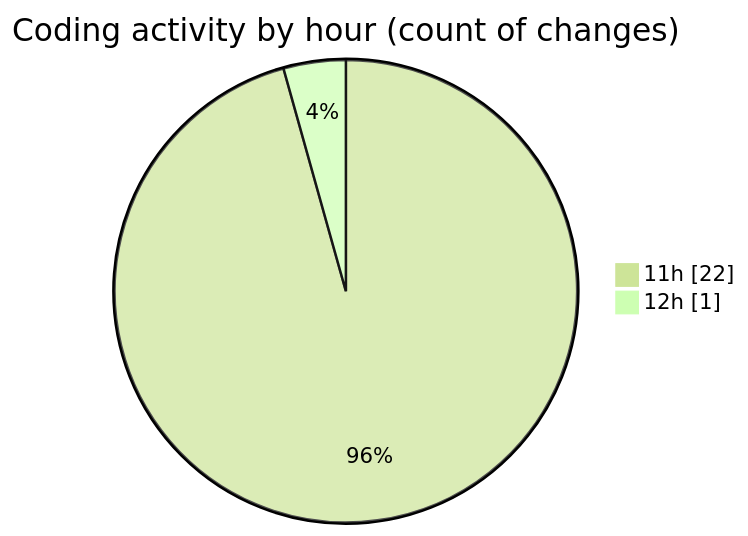
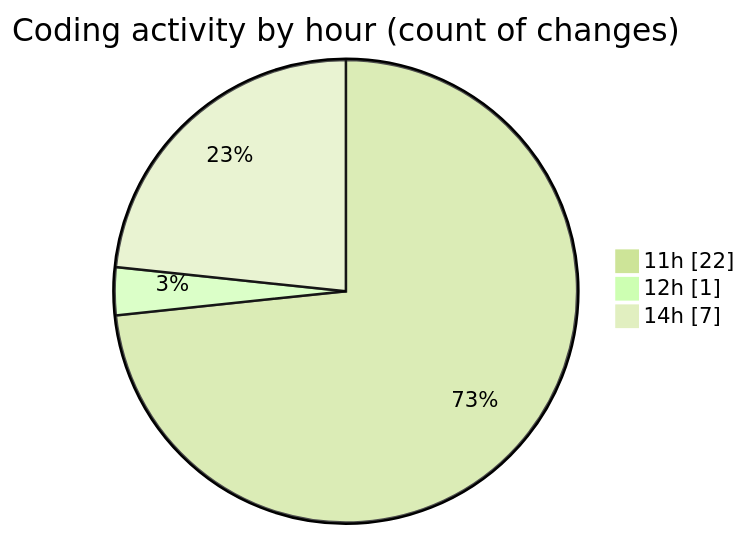
The second of 2 diagrams in 2026-08-05/untitled__workspace_/README.md (debugP/code-tracking), drawn with Mermaid (forest theme) before and after one commit. The commit also changed other lines of this file and 1 other file, not shown here.

````diff
--- a/2026-08-05/untitled__workspace_/README.md
+++ b/2026-08-05/untitled__workspace_/README.md
@@ -29,6 +29,7 @@
 ```mermaid
 pie showData
 title Coding activity by hour (count of changes)
 "11h" : 22
 "12h" : 1
+"14h" : 7
 ```
````
